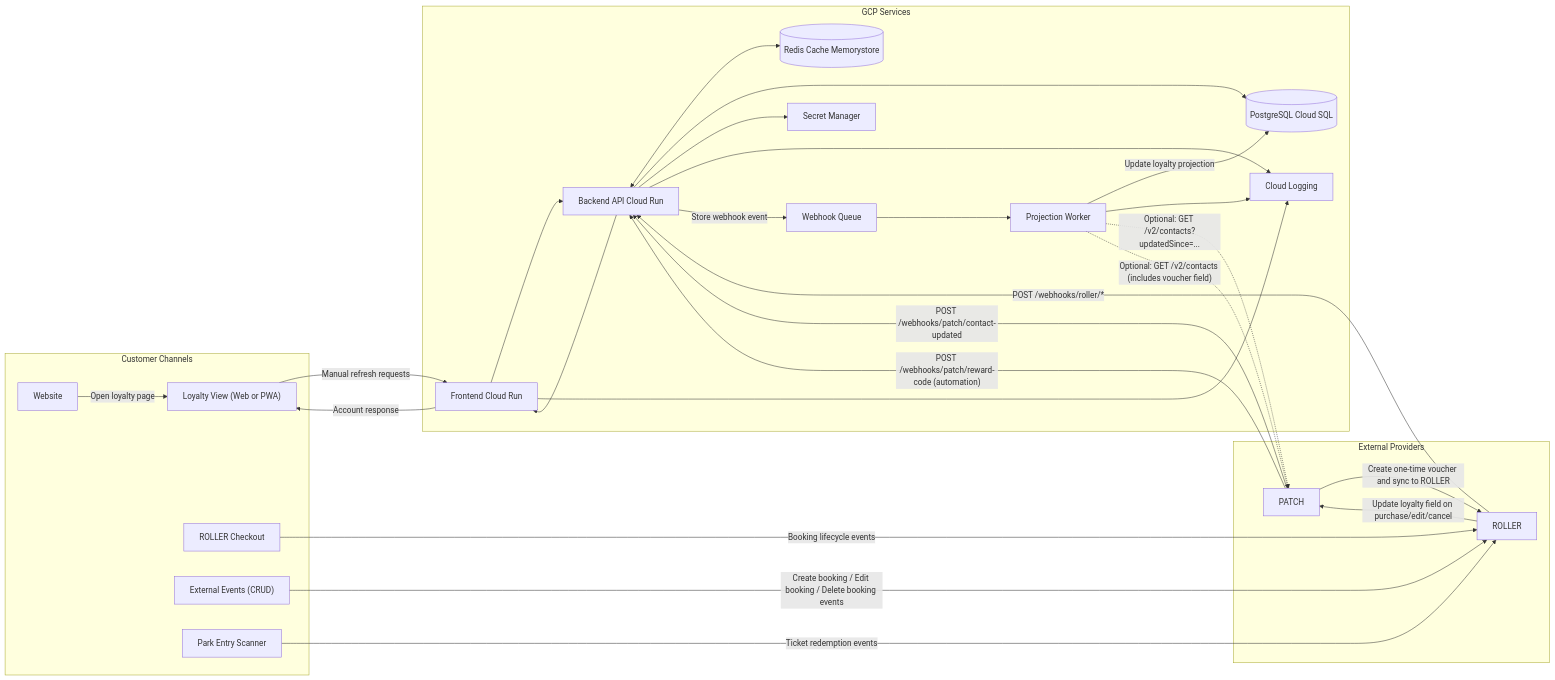
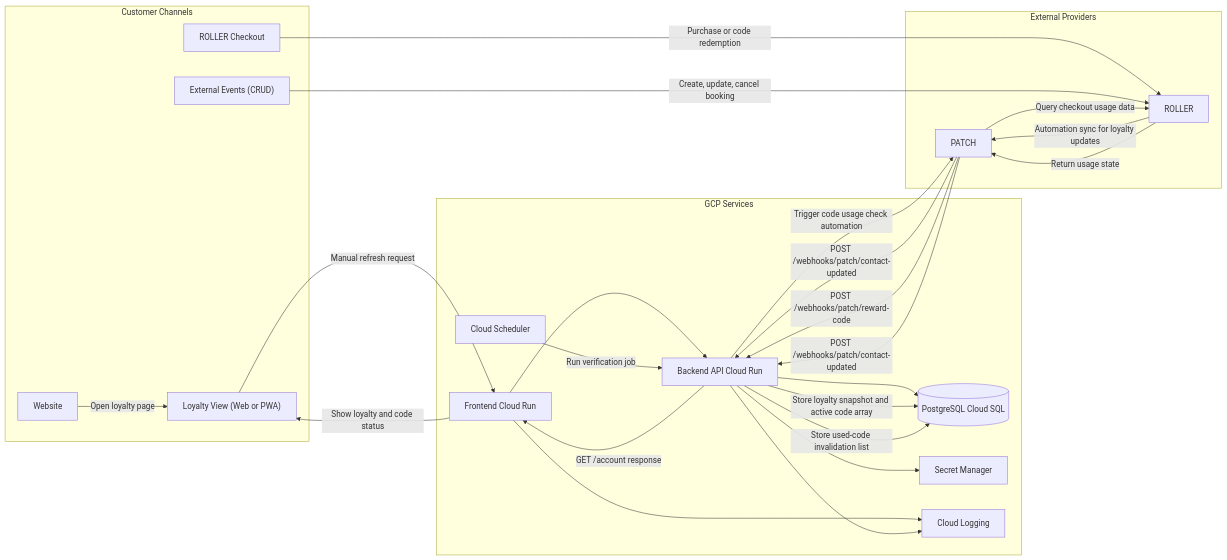
Before and after one commit to koivant/park-plan: the diagram in docs/guides/roller/diagrams/infrastructure-and-dataflow.mmd, drawn with Mermaid. The commit also changed 11 other files, not shown here.

Commit message:
diagrams, restructure for src

```diff
--- a/docs/guides/roller/diagrams/infrastructure-and-dataflow.mmd
+++ b/docs/guides/roller/diagrams/infrastructure-and-dataflow.mmd
@@ -1,52 +1,46 @@
 flowchart LR
   subgraph Entry[Customer Channels]
     SITE[Website]
     VIEW["Loyalty View (Web or PWA)"]
     CHECKOUT[ROLLER Checkout]
     EXT["External Events (CRUD)"]
-    GATE[Park Entry Scanner]
   end
 
   subgraph GCP[GCP Services]
     FE[Frontend Cloud Run]
     API[Backend API Cloud Run]
-    QUEUE[Webhook Queue]
-    WORKER[Projection Worker]
-    CACHE[(Redis Cache Memorystore)]
     DB[(PostgreSQL Cloud SQL)]
+    SCHED[Cloud Scheduler]
     SEC[Secret Manager]
     LOG[Cloud Logging]
   end
 
   subgraph Providers[External Providers]
     R[ROLLER]
     P[PATCH]
   end
 
   SITE -->|Open loyalty page| VIEW
-  VIEW -->|Manual refresh requests| FE
+  VIEW -->|Manual refresh request| FE
   FE --> API
-  API --> FE
-  FE -->|Account response| VIEW
-
-  API <--> CACHE
   API --> DB
   API --> SEC
   FE --> LOG
   API --> LOG
 
-  API -->|Store webhook event| QUEUE
-  QUEUE --> WORKER
-  WORKER -->|Update loyalty projection| DB
-  WORKER --> LOG
-  WORKER -.->|"Optional: GET /v2/contacts?updatedSince=..."| P
-  WORKER -.->|"Optional: GET /v2/contacts (includes voucher field)"| P
+  CHECKOUT -->|Purchase or code redemption| R
+  EXT -->|Create, update, cancel booking| R
+  R -->|Automation sync for loyalty updates| P
+  P -->|POST /webhooks/patch/contact-updated| API
+  P -->|POST /webhooks/patch/reward-code| API
+  API -->|Store loyalty snapshot and active code array| DB
+  API -->|Store used-code invalidation list| DB
 
-  CHECKOUT -->|Booking lifecycle events| R
-  EXT -->|Create booking / Edit booking / Delete booking events| R
-  GATE -->|Ticket redemption events| R
-  R -->|POST /webhooks/roller/*| API
-  R -->|Update loyalty field on purchase/edit/cancel| P
-  P -->|Create one-time voucher and sync to ROLLER| R
+  SCHED -->|Run verification job| API
+  API -->|Trigger code usage check automation| P
+  P -->|Query checkout usage data| R
+  R -->|Return usage state| P
   P -->|POST /webhooks/patch/contact-updated| API
-  P -->|"POST /webhooks/patch/reward-code (automation)"| API
+
+  API -->|GET /account response| FE
+  FE -->|Show loyalty and code status| VIEW
```
